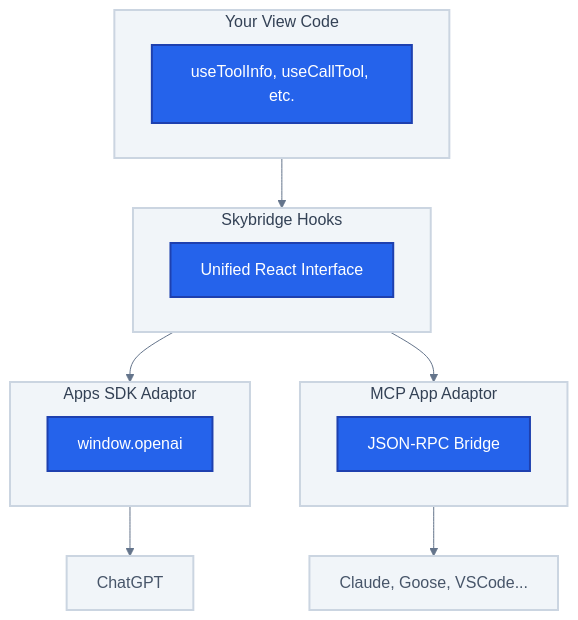
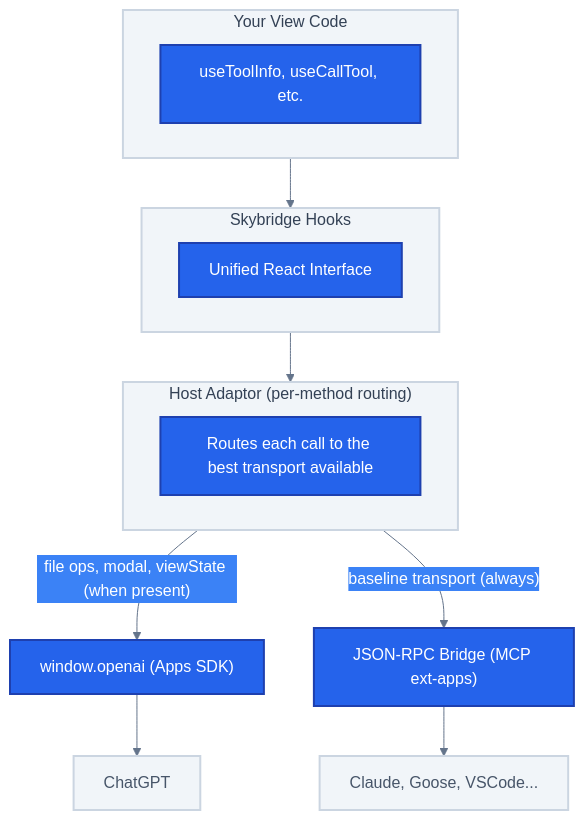
Before and after one commit to alpic-ai/skybridge: the diagram in docs/concepts/write-once-run-everywhere.mdx, drawn with Mermaid. The commit also changed other lines of this file, not shown here.

Commit message:
docs: update write-once diagram for single HostAdaptor

````diff
--- a/docs/concepts/write-once-run-everywhere.mdx
+++ b/docs/concepts/write-once-run-everywhere.mdx
@@ -22,38 +22,36 @@
 ```mermaid
 %%{init: {'theme': 'base', 'themeVariables': { 'primaryColor': '#2563EB', 'primaryTextColor': '#fff', 'primaryBorderColor': '#1e40af', 'lineColor': '#64748b', 'secondaryColor': '#3B82F6', 'tertiaryColor': '#dbeafe' }}}%%
 flowchart TB
     subgraph Code["Your View Code"]
         Hooks["useToolInfo, useCallTool, etc."]
     end
 
     Code --> Skybridge
 
     subgraph Skybridge["Skybridge Hooks"]
         Unified["Unified React Interface"]
     end
 
-    Skybridge --> AppsSdk
-    Skybridge --> McpApp
+    Skybridge --> HostAdaptor
 
-    subgraph AppsSdk["Apps SDK Adaptor"]
-        OpenAI["window.openai"]
+    subgraph HostAdaptor["Host Adaptor (per-method routing)"]
+        Router["Routes each call to the best transport available"]
     end
 
-    subgraph McpApp["MCP App Adaptor"]
-        JsonRpc["JSON-RPC Bridge"]
-    end
+    HostAdaptor -->|"file ops, modal, viewState (when present)"| OpenAI["window.openai (Apps SDK)"]
+    HostAdaptor -->|"baseline transport (always)"| JsonRpc["JSON-RPC Bridge (MCP ext-apps)"]
 
-    AppsSdk --> ChatGPT["ChatGPT"]
-    McpApp --> McpClients["Claude, Goose, VSCode..."]
+    OpenAI --> ChatGPT["ChatGPT"]
+    JsonRpc --> McpClients["Claude, Goose, VSCode..."]
 
     style Code fill:#f1f5f9,stroke:#cbd5e1,stroke-width:2px,color:#334155
     style Skybridge fill:#f1f5f9,stroke:#cbd5e1,stroke-width:2px,color:#334155
-    style AppsSdk fill:#f1f5f9,stroke:#cbd5e1,stroke-width:2px,color:#334155
-    style McpApp fill:#f1f5f9,stroke:#cbd5e1,stroke-width:2px,color:#334155
+    style HostAdaptor fill:#f1f5f9,stroke:#cbd5e1,stroke-width:2px,color:#334155
     style ChatGPT fill:#f1f5f9,stroke:#cbd5e1,stroke-width:2px,color:#475569
     style McpClients fill:#f1f5f9,stroke:#cbd5e1,stroke-width:2px,color:#475569
     style Hooks fill:#2563EB,stroke:#1e40af,stroke-width:2px,color:#fff
     style Unified fill:#2563EB,stroke:#1e40af,stroke-width:2px,color:#fff
+    style Router fill:#2563EB,stroke:#1e40af,stroke-width:2px,color:#fff
     style OpenAI fill:#2563EB,stroke:#1e40af,stroke-width:2px,color:#fff
     style JsonRpc fill:#2563EB,stroke:#1e40af,stroke-width:2px,color:#fff
 ```
````
